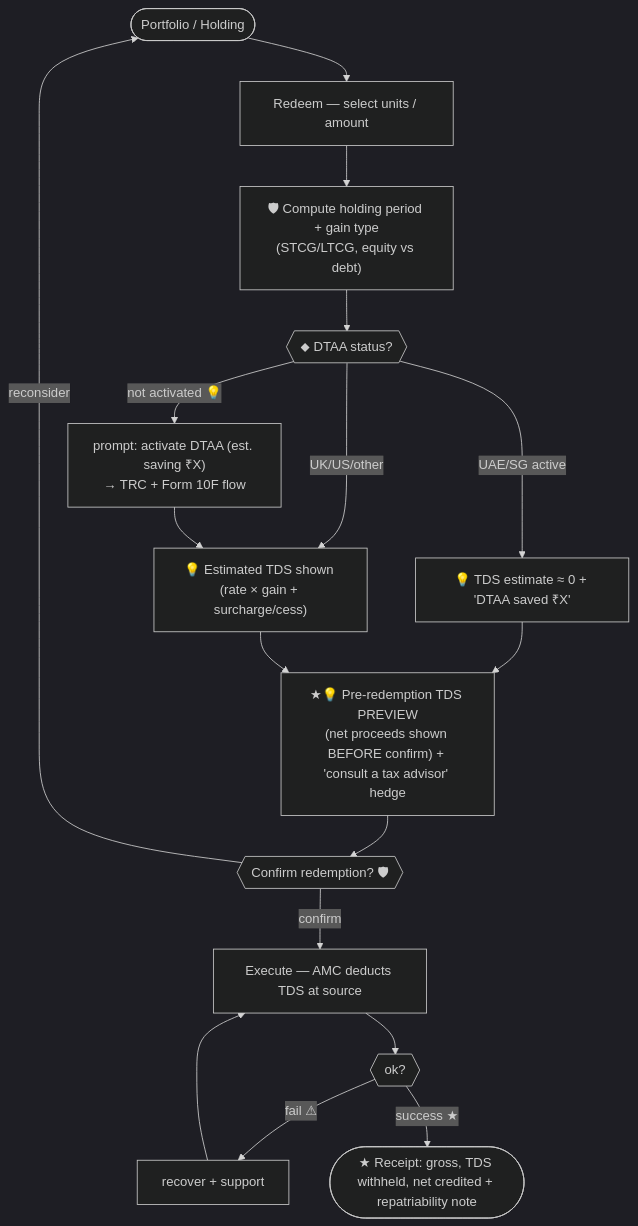
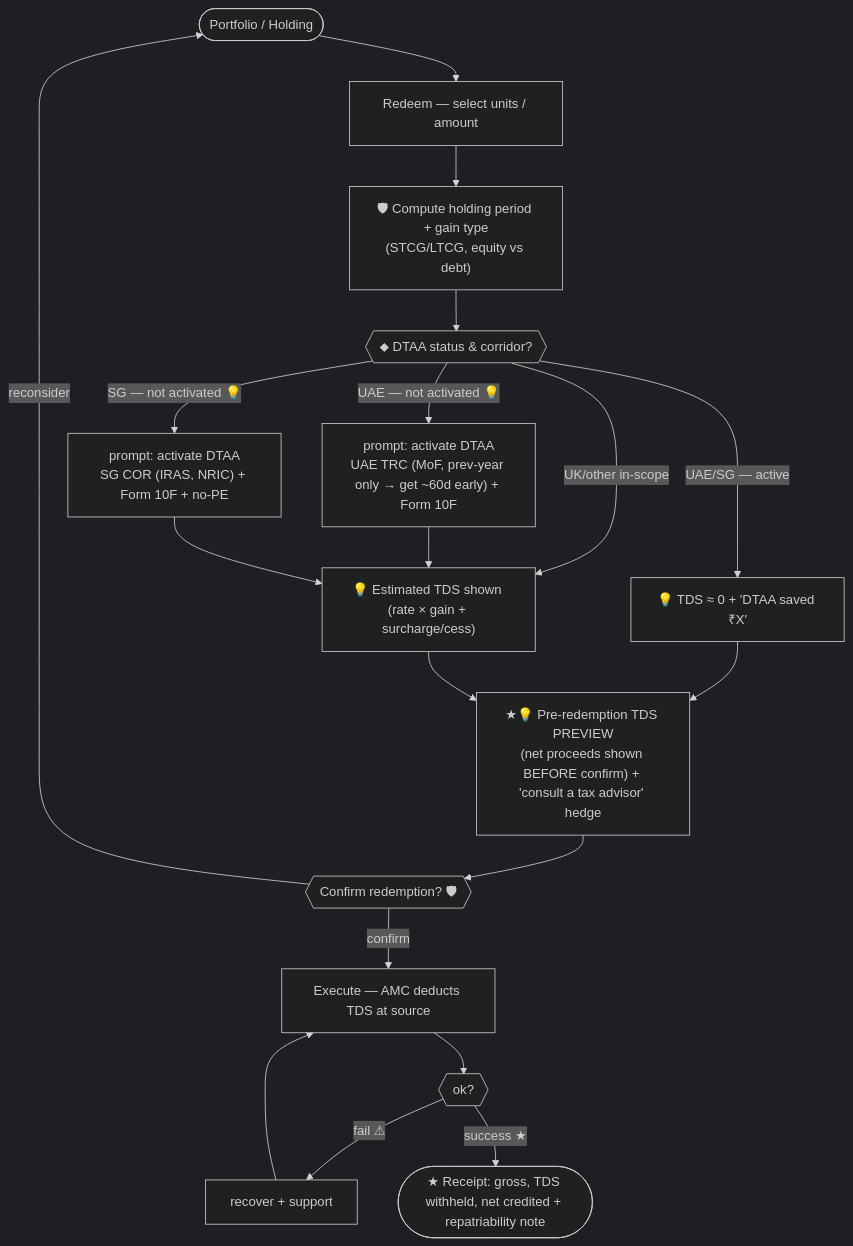
Before and after one commit to adityagupta525/NRI-mobile-design: the third of 4 diagrams in research/flows.md, drawn with Mermaid (dark theme). The commit also changed other lines of this file and 6 other files, not shown here.

First line of the commit message:
Corridor-focus amendment: FOCUS=UAE+SG, US/CA=Path B (decided); ripple across Part C

````diff
--- a/research/flows.md
+++ b/research/flows.md
@@ -68,18 +67,20 @@
 ```mermaid
 flowchart TD
   P([Portfolio / Holding]) --> RD["Redeem — select units / amount"]
   RD --> CALC["🛡 Compute holding period + gain type<br/>(STCG/LTCG, equity vs debt)"]
-  CALC --> DTAA{{"⬥ DTAA status?"}}
-  DTAA -->|UAE/SG active| TDS0["💡 TDS estimate ≈ 0 + 'DTAA saved ₹X'"]
-  DTAA -->|not activated 💡| PROMPT["prompt: activate DTAA (est. saving ₹X)<br/>→ TRC + Form 10F flow"]
-  DTAA -->|UK/US/other| TDSN["💡 Estimated TDS shown (rate × gain + surcharge/cess)"]
-  PROMPT --> TDSN
+  CALC --> DTAA{{"⬥ DTAA status & corridor?"}}
+  DTAA -->|"UAE/SG — active"| TDS0["💡 TDS ≈ 0 + 'DTAA saved ₹X'"]
+  DTAA -->|"UAE — not activated 💡"| PUAE["prompt: activate DTAA<br/>UAE TRC (MoF, prev-year only → get ~60d early) + Form 10F"]
+  DTAA -->|"SG — not activated 💡"| PSG["prompt: activate DTAA<br/>SG COR (IRAS, NRIC) + Form 10F + no-PE"]
+  DTAA -->|"UK/other in-scope"| TDSN["💡 Estimated TDS shown (rate × gain + surcharge/cess)"]
+  PUAE --> TDSN
+  PSG --> TDSN
   TDS0 --> PREV
   TDSN --> PREV["★💡 Pre-redemption TDS PREVIEW<br/>(net proceeds shown BEFORE confirm) + 'consult a tax advisor' hedge"]
   PREV --> RCONF{{"Confirm redemption? 🛡"}}
   RCONF -->|reconsider| P
   RCONF -->|confirm| REX["Execute — AMC deducts TDS at source"]
   REX --> RRQ{{"ok?"}}
   RRQ -->|fail ⚠| RRR["recover + support"] --> REX
   RRQ -->|success ★| RR(["★ Receipt: gross, TDS withheld, net credited + repatriability note"])
 ```
````
